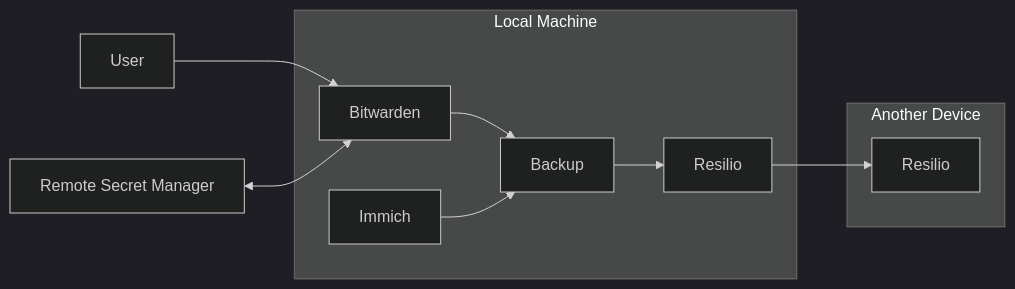
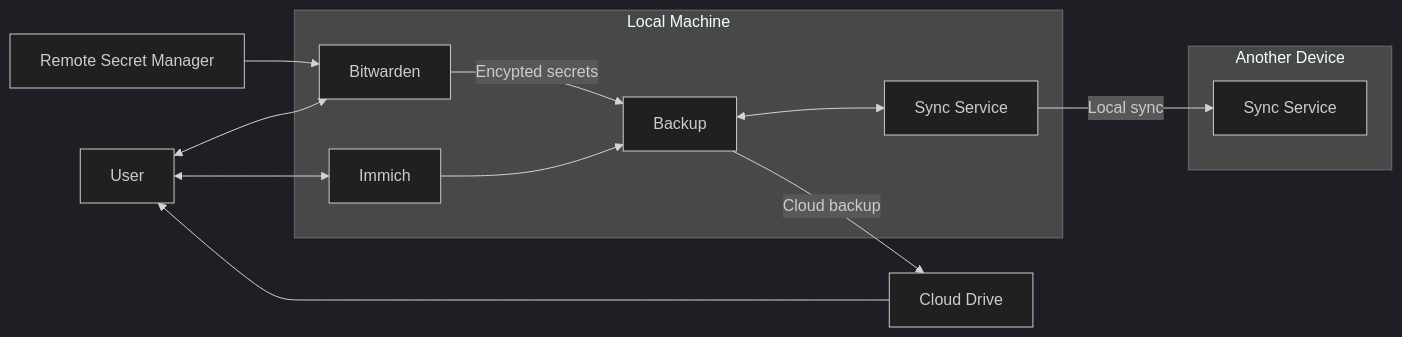
Before and after one commit to iamharryliu/vigilant-broccoli: the first of 3 diagrams in docs/infrastructure/infrastructure.md, drawn with Mermaid (dark theme). The commit also changed other lines of this file, not shown here.

````diff
--- a/docs/infrastructure/infrastructure.md
+++ b/docs/infrastructure/infrastructure.md
@@ -24,22 +29,31 @@
 ```mermaid
 flowchart LR
 
+USER[User]
 
 subgraph LOCAL_MACHINE[Local Machine]
   LOCAL_MACHINE_BW[Bitwarden]
   LOCAL_MACHINE_IMMICH[Immich]
-  LOCAL_MACHINE_RESILIO[Resilio]
-  LOCAL_MACHINE_BW-->BACKUP
+  LOCAL_MACHINE_SYNC_SERVICE[Sync Service]
+  LOCAL_MACHINE_BW-->|Encypted secrets|BACKUP
   LOCAL_MACHINE_IMMICH-->BACKUP
   BACKUP[Backup]
-  BACKUP-->LOCAL_MACHINE_RESILIO
+  BACKUP<-->LOCAL_MACHINE_SYNC_SERVICE
 end
 
 subgraph ANOTHER_MACHINE[Another Device]
-  ANOTHER_DEVICE_RESILIO[Resilio]
+  ANOTHER_MACHINE_SYNC_SERVICE[Sync Service]
 end
 
-USER[User]-->LOCAL_MACHINE_BW
-REMOTE_SECRET_MANAGER[Remote Secret Manager]<-->LOCAL_MACHINE_BW
-LOCAL_MACHINE_RESILIO-->ANOTHER_DEVICE_RESILIO
+CLOUD_DRIVE[Cloud Drive]
+
+
+USER<-->LOCAL_MACHINE_BW
+USER<-->LOCAL_MACHINE_IMMICH
+CLOUD_DRIVE-->USER
+
+
+REMOTE_SECRET_MANAGER[Remote Secret Manager]-->LOCAL_MACHINE_BW
+LOCAL_MACHINE_SYNC_SERVICE-->|Local sync|ANOTHER_MACHINE_SYNC_SERVICE
+BACKUP-->|Cloud backup|CLOUD_DRIVE
 ```
````
